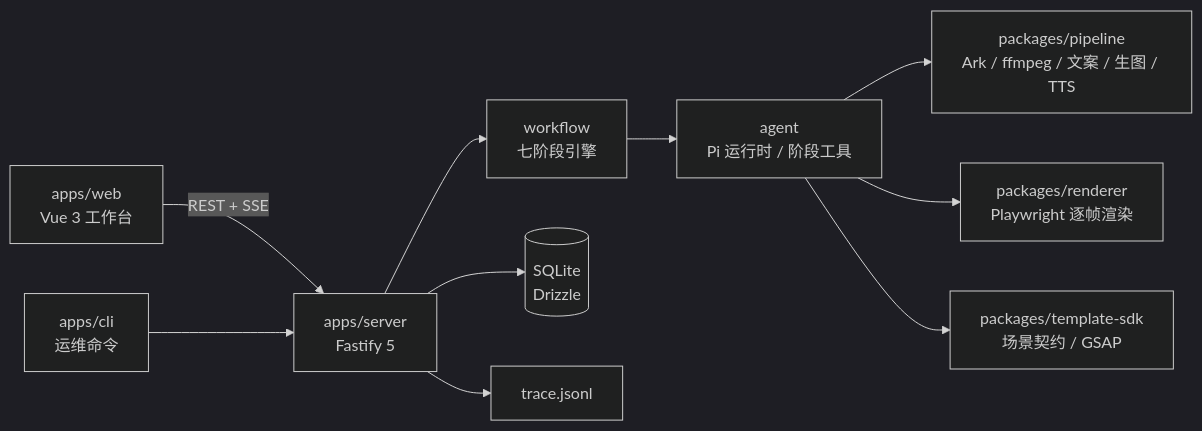
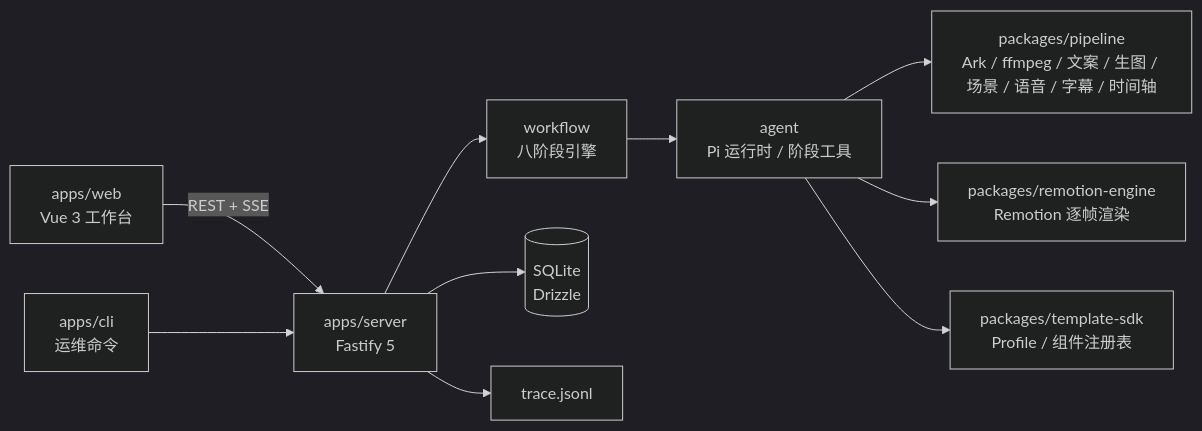
The diagram in README.md (swhite-cn/vedio--generator), drawn with Mermaid (dark theme) before and after one commit. The commit also changed other lines of this file and 369 other files, not shown here.

````diff
--- a/README.md
+++ b/README.md
@@ -30,12 +30,12 @@
 ```mermaid
 flowchart LR
   Web[apps/web<br/>Vue 3 工作台] -->|REST + SSE| Server[apps/server<br/>Fastify 5]
-  Server --> Workflow[workflow<br/>七阶段引擎]
+  Server --> Workflow[workflow<br/>八阶段引擎]
   Workflow --> Agent[agent<br/>Pi 运行时 / 阶段工具]
-  Agent --> Pipeline[packages/pipeline<br/>Ark / ffmpeg / 文案 / 生图 / TTS]
-  Agent --> Renderer[packages/renderer<br/>Playwright 逐帧渲染]
-  Agent --> SDK[packages/template-sdk<br/>场景契约 / GSAP]
+  Agent --> Pipeline[packages/pipeline<br/>Ark / ffmpeg / 文案 / 生图 / 场景 / 语音 / 字幕 / 时间轴]
+  Agent --> Engine[packages/remotion-engine<br/>Remotion 逐帧渲染]
+  Agent --> SDK[packages/template-sdk<br/>Profile / 组件注册表]
   Server --> DB[(SQLite<br/>Drizzle)]
   Server --> Trace[trace.jsonl]
   CLI[apps/cli<br/>运维命令] --> Server
 ```
````
